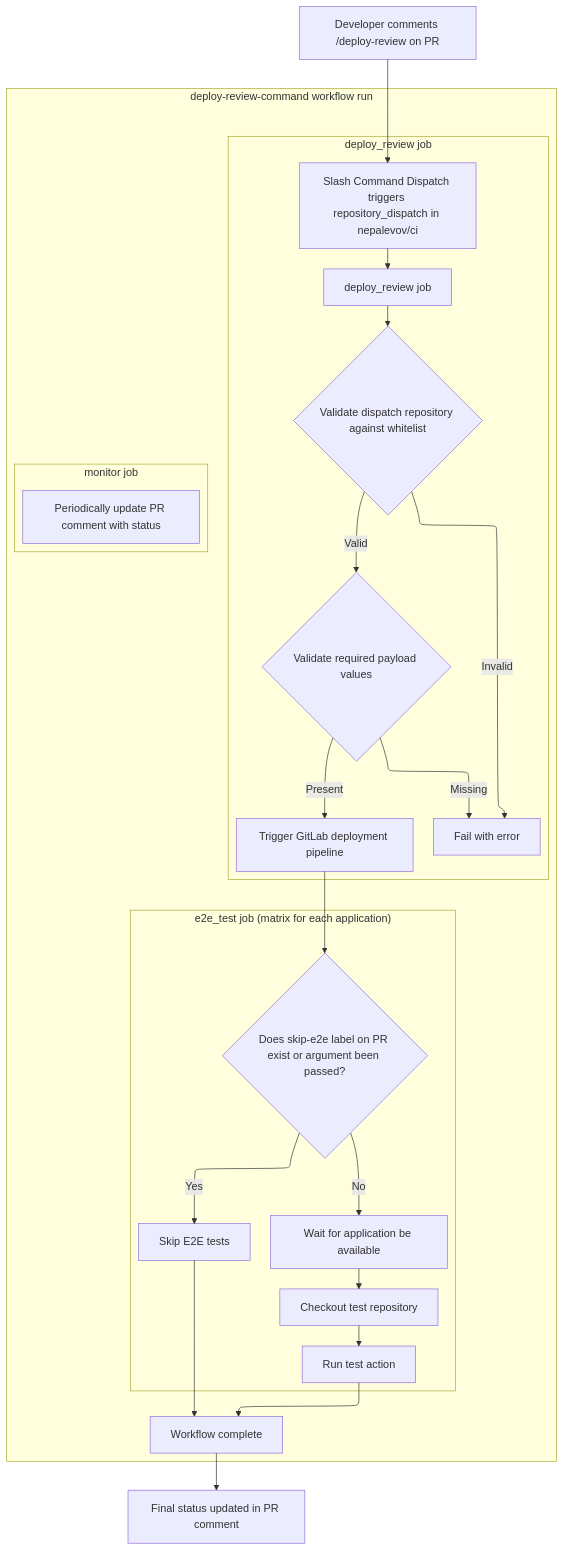
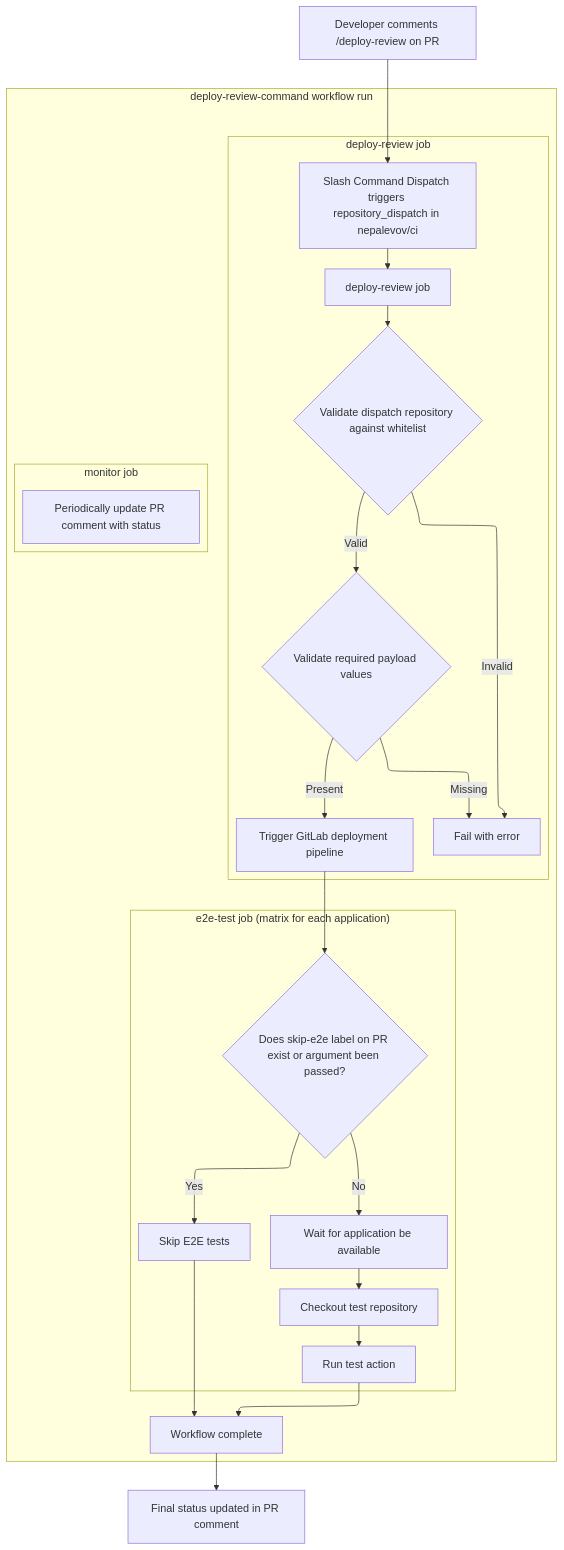
Before and after one commit to nepalevov/ci: the diagram in README.md, drawn with Mermaid. The commit also changed other lines of this file and 16 other files, not shown here.

````diff
--- a/README.md
+++ b/README.md
@@ -538,32 +463,32 @@
 ```mermaid
 flowchart-elk TD
     A[Developer comments /deploy-review on PR] --> B[Slash Command Dispatch triggers repository_dispatch in nepalevov/ci]
 
     subgraph workflow["deploy-review-command workflow run"]
-        subgraph deploy["deploy_review job"]
-            B --> C[deploy_review job]
+        subgraph deploy["deploy-review job"]
+            B --> C[deploy-review job]
             C --> D{Validate dispatch repository against whitelist}
             D -->|Invalid| E[Fail with error]
             D -->|Valid| F{Validate required payload values}
             F -->|Missing| E
             F -->|Present| G[Trigger GitLab deployment pipeline]
         end
 
-        subgraph e2e["e2e_test job (matrix for each application)"]
+        subgraph e2e["e2e-test job (matrix for each application)"]
             G --> I{Does skip-e2e label on PR exist or argument been passed?}
             I -->|Yes| J[Skip E2E tests]
             I -->|No| K[Wait for application be available]
             K --> L[Checkout test repository]
             L --> M[Run test action]
         end
 
         subgraph monitor["monitor job"]
             O[Periodically update PR comment with status]
         end
 
         M --> Q[Workflow complete]
         J --> Q
     end
 
     Q --> R[Final status updated in PR comment]
 ```
````
